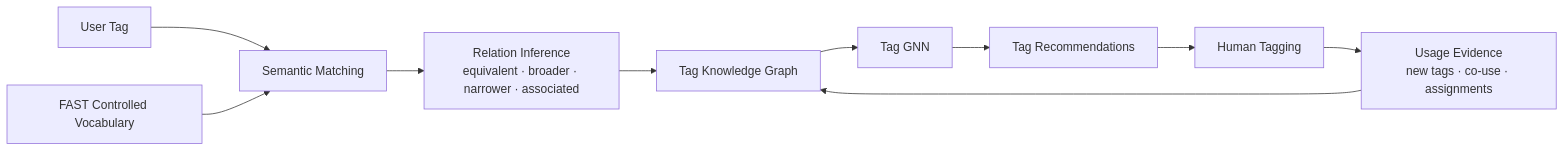
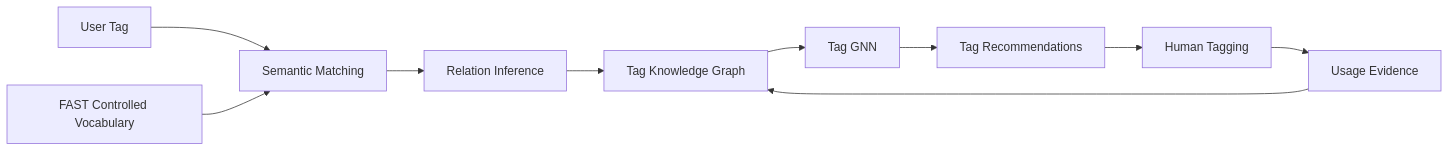
Before and after one commit to angjelinhila/tagsynapse: the diagram in docs/BLUEPRINT.md, drawn with Mermaid. The commit also changed other lines of this file and 2 other files, not shown here.

````diff
--- a/docs/BLUEPRINT.md
+++ b/docs/BLUEPRINT.md
@@ -55,23 +23,22 @@
 ```mermaid
 flowchart LR
-
     U["User Tag"]
     S["Semantic Matching"]
     C["FAST Controlled Vocabulary"]
-    R["Relation Inference<br/>equivalent · broader · narrower · associated"]
+    R["Relation Inference"]
     KG["Tag Knowledge Graph"]
     GNN["Tag GNN"]
     REC["Tag Recommendations"]
     H["Human Tagging"]
-    USE["Usage Evidence<br/>new tags · co-use · assignments"]
+    USE["Usage Evidence"]
 
     U --> S
     C --> S
     S --> R
     R --> KG
     KG --> GNN
     GNN --> REC
     REC --> H
     H --> USE
     USE --> KG
 ```
````
